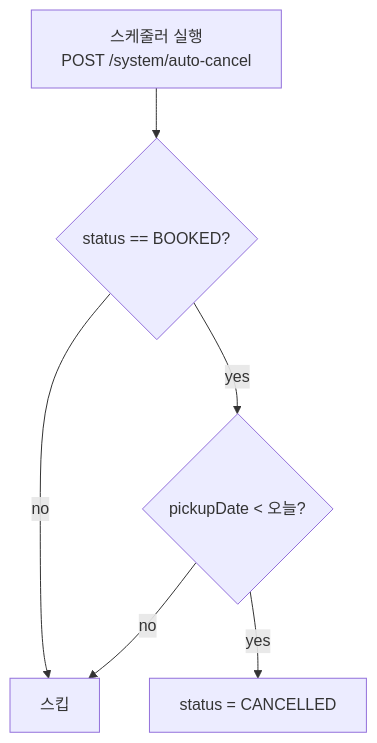
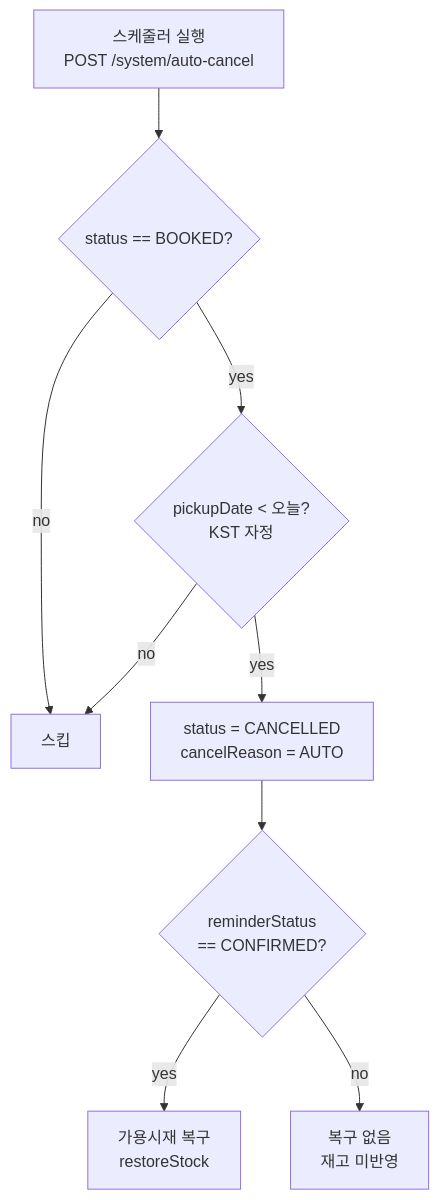
One commit to ahyeonine/moneybox_fw01 changed the second of 2 diagrams in docs/04-state-diagram.md. Above: the diagram before and after it, drawn with Mermaid. The commit also changed other lines of this file and 5 other files, not shown here.

````diff
--- a/docs/04-state-diagram.md
+++ b/docs/04-state-diagram.md
@@ -82,8 +90,11 @@
 ```mermaid
 flowchart TD
     A[스케줄러 실행<br/>POST /system/auto-cancel] --> B{status == BOOKED?}
     B -- no --> Z[스킵]
-    B -- yes --> C{pickupDate < 오늘?}
+    B -- yes --> C{pickupDate < 오늘?<br/>KST 자정}
     C -- no --> Z
-    C -- yes --> D[status = CANCELLED]
+    C -- yes --> D[status = CANCELLED<br/>cancelReason = AUTO]
+    D --> E{reminderStatus<br/>== CONFIRMED?}
+    E -- yes --> F[가용시재 복구<br/>restoreStock]
+    E -- no --> G[복구 없음<br/>재고 미반영]
 ```
````
